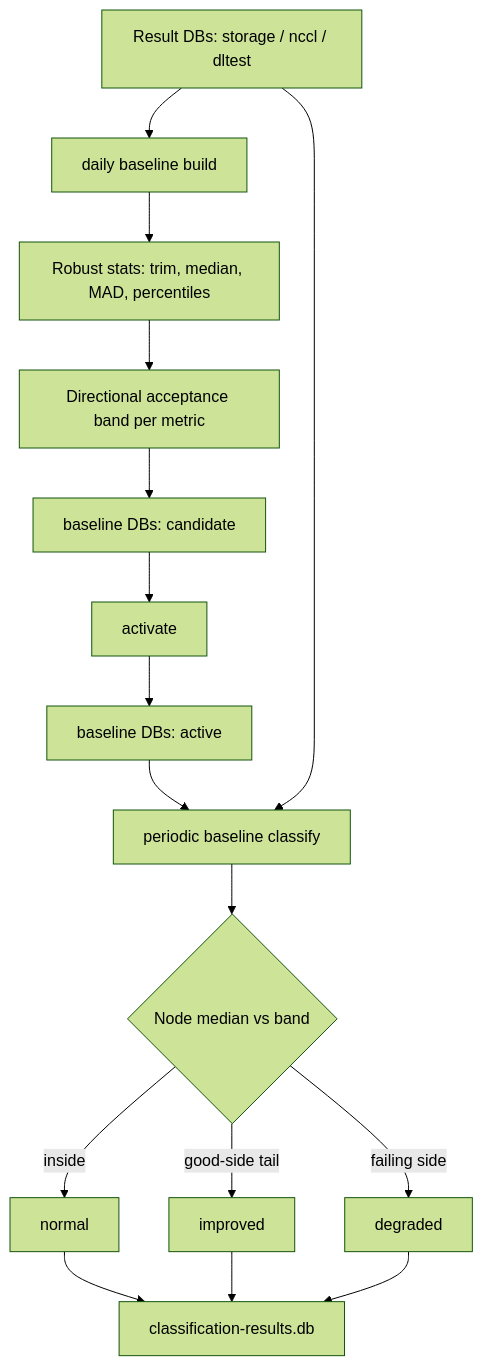
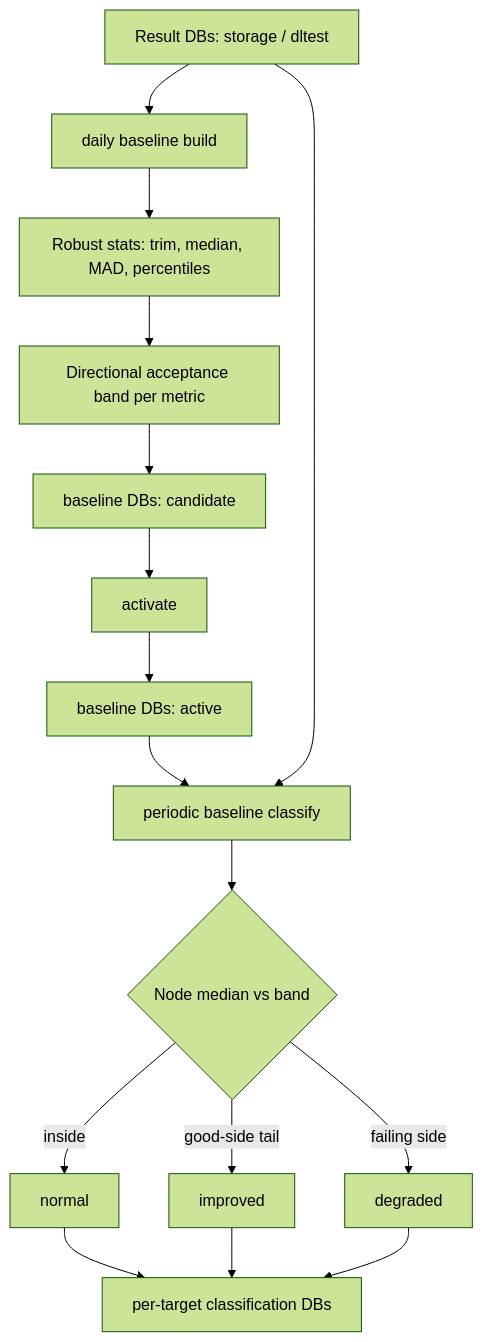
Before and after one commit to IamNirmata/c-val: the fifth of 5 diagrams in docs/workflow.md, drawn with Mermaid (forest theme). The commit also changed other lines of this file and 202 other files, not shown here.

````diff
--- a/docs/workflow.md
+++ b/docs/workflow.md
@@ -127,18 +126,18 @@
 ```mermaid
 flowchart TD
-    A[Result DBs: storage / nccl / dltest] --> B[daily baseline build]
+    A[Result DBs: storage / dltest] --> B[daily baseline build]
     B --> C[Robust stats: trim, median, MAD, percentiles]
     C --> D[Directional acceptance band per metric]
     D --> F[baseline DBs: candidate]
     F --> G[activate]
     G --> H[baseline DBs: active]
     H --> I[periodic baseline classify]
     A --> I
     I --> J{Node median vs band}
     J -- inside --> K[normal]
     J -- good-side tail --> L[improved]
     J -- failing side --> M[degraded]
-    K --> N[classification-results.db]
+    K --> N[per-target classification DBs]
     L --> N
     M --> N
 ```
````
